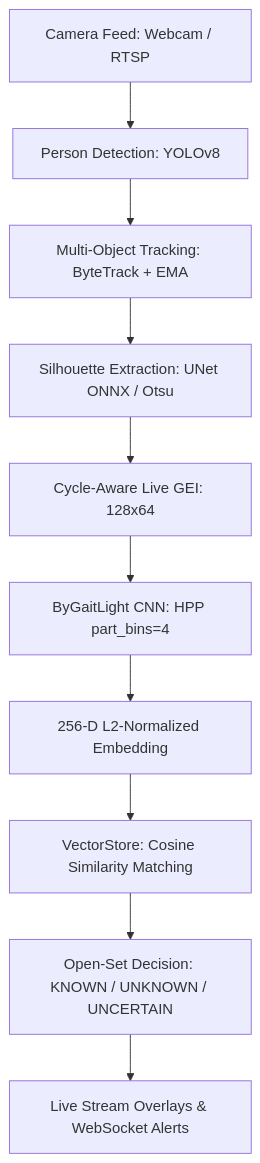
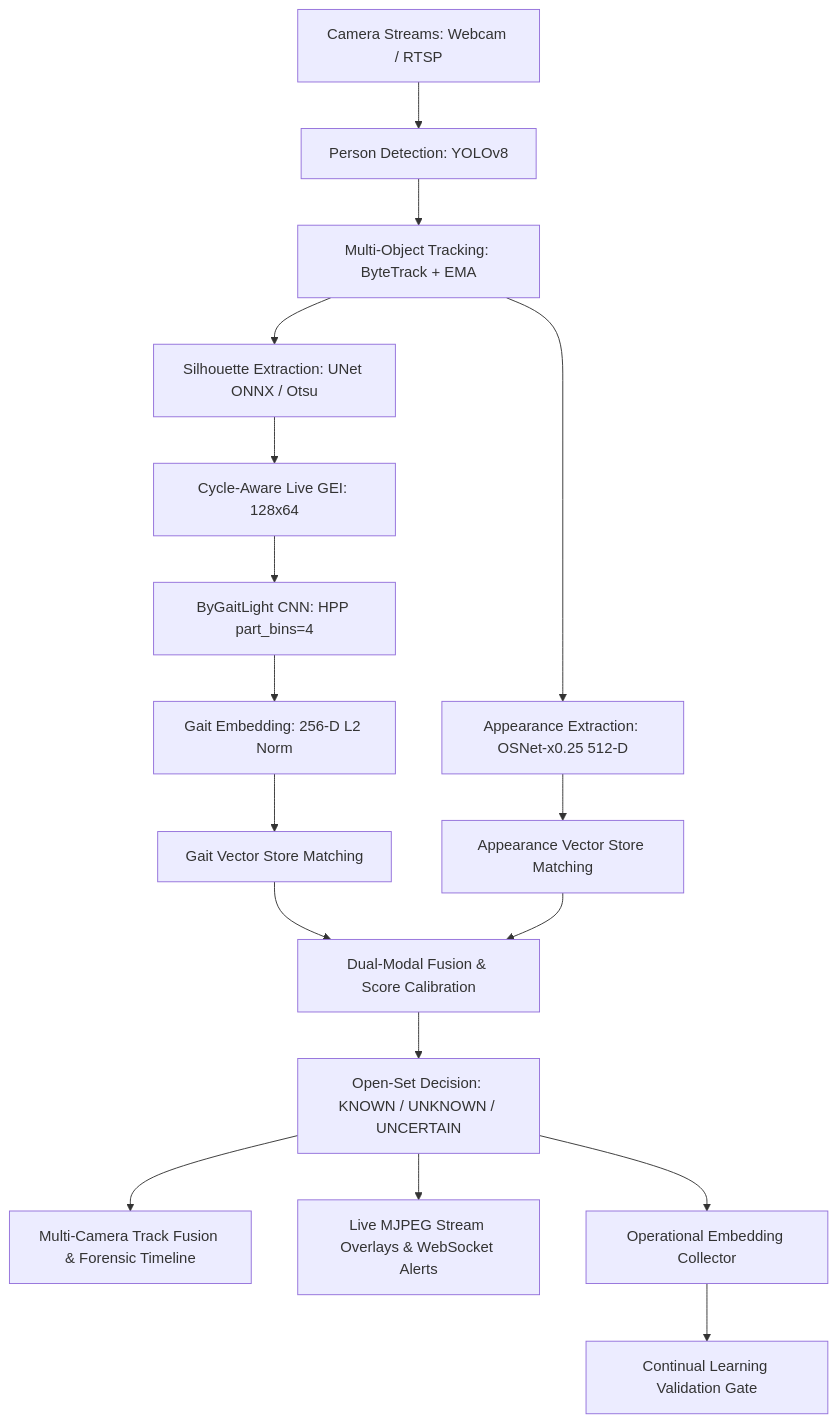
Before and after one commit to chanuka8/argus-gait-recognition: the first of 2 diagrams in README.md, drawn with Mermaid. The commit also changed other lines of this file and 19 other files, not shown here.

````diff
--- a/README.md
+++ b/README.md
@@ -50,12 +55,19 @@
 ```mermaid
 graph TD
-    A[Camera Feed: Webcam / RTSP] --> B[Person Detection: YOLOv8]
+    A[Camera Streams: Webcam / RTSP] --> B[Person Detection: YOLOv8]
     B --> C[Multi-Object Tracking: ByteTrack + EMA]
     C --> D[Silhouette Extraction: UNet ONNX / Otsu]
-    D --> E[Cycle-Aware Live GEI: 128x64]
-    E --> F[ByGaitLight CNN: HPP part_bins=4]
-    F --> G[256-D L2-Normalized Embedding]
-    G --> H[VectorStore: Cosine Similarity Matching]
-    H --> I[Open-Set Decision: KNOWN / UNKNOWN / UNCERTAIN]
-    I --> J[Live Stream Overlays & WebSocket Alerts]
+    C --> E[Appearance Extraction: OSNet-x0.25 512-D]
+    D --> F[Cycle-Aware Live GEI: 128x64]
+    F --> G[ByGaitLight CNN: HPP part_bins=4]
+    G --> H[Gait Embedding: 256-D L2 Norm]
+    H --> I[Gait Vector Store Matching]
+    E --> J[Appearance Vector Store Matching]
+    I --> K[Dual-Modal Fusion & Score Calibration]
+    J --> K
+    K --> L[Open-Set Decision: KNOWN / UNKNOWN / UNCERTAIN]
+    L --> M[Multi-Camera Track Fusion & Forensic Timeline]
+    L --> N[Live MJPEG Stream Overlays & WebSocket Alerts]
+    L --> O[Operational Embedding Collector]
+    O --> P[Continual Learning Validation Gate]
 ```
````
